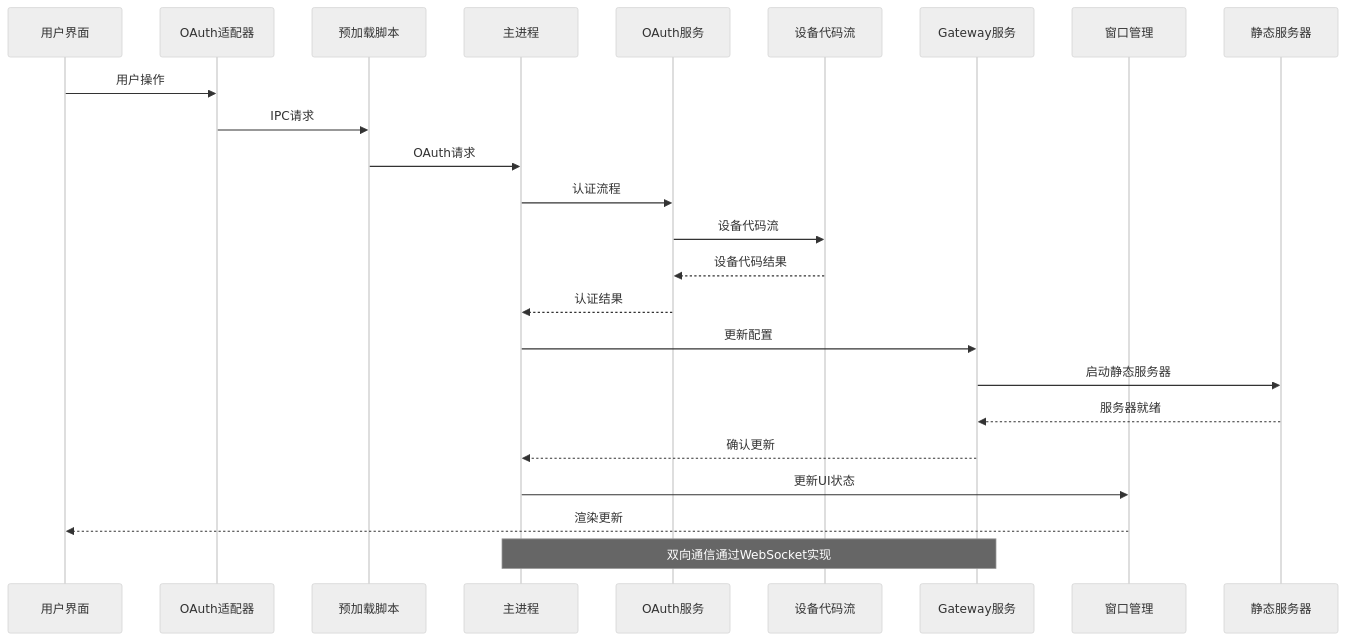
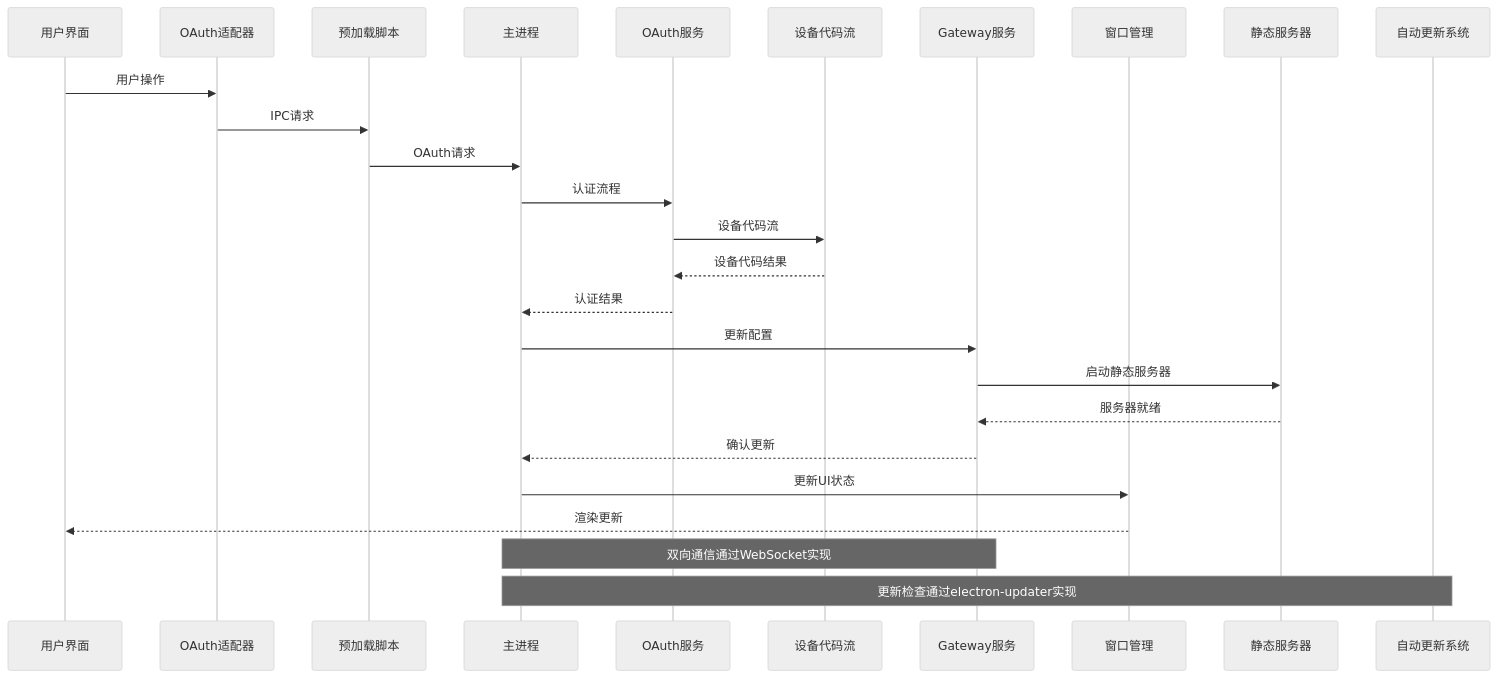
The third of 32 diagrams in .qoder/repowiki/zh/content/核心概念/Electron应用增强.md (verse-ai-org/openclaw), drawn with Mermaid (neutral theme) before and after one commit. The commit also changed other lines of this file and 23 other files, not shown here.

````diff
--- a/.qoder/repowiki/zh/content/核心概念/Electron应用增强.md
+++ b/.qoder/repowiki/zh/content/核心概念/Electron应用增强.md
@@ -260,26 +291,28 @@
 ```mermaid
 sequenceDiagram
 participant UI as 用户界面
 participant Adapter as OAuth适配器
 participant Preload as 预加载脚本
 participant Main as 主进程
 participant OAuth as OAuth服务
 participant DeviceFlow as 设备代码流
 participant Gateway as Gateway服务
 participant Window as 窗口管理
 participant StaticServer as 静态服务器
+participant Updater as 自动更新系统
 UI->>Adapter : 用户操作
 Adapter->>Preload : IPC请求
 Preload->>Main : OAuth请求
 Main->>OAuth : 认证流程
 OAuth->>DeviceFlow : 设备代码流
 DeviceFlow-->>OAuth : 设备代码结果
 OAuth-->>Main : 认证结果
 Main->>Gateway : 更新配置
 Gateway->>StaticServer : 启动静态服务器
 StaticServer-->>Gateway : 服务器就绪
 Gateway-->>Main : 确认更新
 Main->>Window : 更新UI状态
 Window-->>UI : 渲染更新
 Note over Main,Gateway : 双向通信通过WebSocket实现
+Note over Main,Updater : 更新检查通过electron-updater实现
 ```
````
